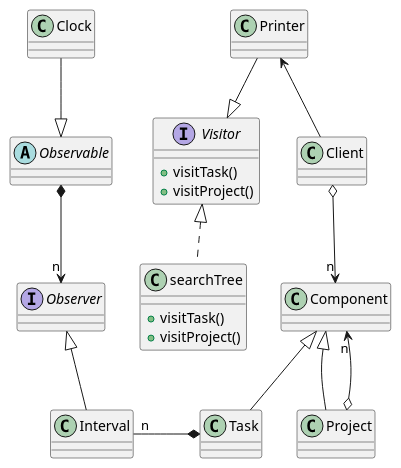
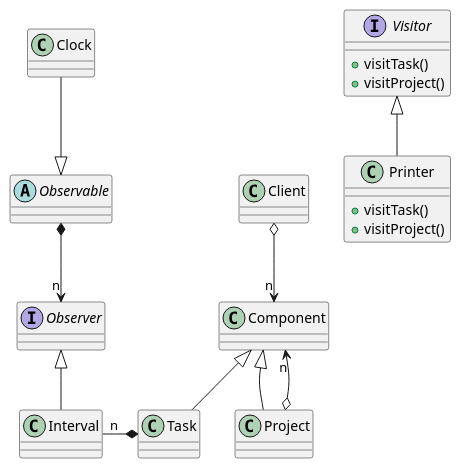
One commit to frcalderon/TimeTracker changed the diagram in TimeTracker.puml. Above: the diagram before and after it, drawn with PlantUML.

Commit message:
Updated design

```diff
--- a/TimeTracker.puml
+++ b/TimeTracker.puml
@@ -1,45 +1,41 @@
 @startuml
 
 class Client {
 }
 
 class Project {}
 
 class Task {}
 
 class Component {}
 
 class Interval {}
 
 Interface Visitor {
 + visitTask()
 + visitProject()
 }
 
-class searchTree {
-+ visitTask()
-+ visitProject()
-}
-
 interface Observer {}
 
 abstract class Observable {}
 
 class Clock {}
 
-class Printer {}
+class Printer {
++ visitTask()
++ visitProject()
+}
 
 Client o-down->"n" Component
 Project -up-|> Component
 Component "n"<-down-o Project
 Task -up-|> Component
 Task -[hidden]right- Project
 Interval "n" -right-* Task
 Clock --|> Observable
-Printer --|> Visitor
+Printer -up-|> Visitor
 Interval -up-|> Observer
 Observable *-->"n" Observer
-Client -up-> Printer
-searchTree .up.|> Visitor
 
 @enduml
```
